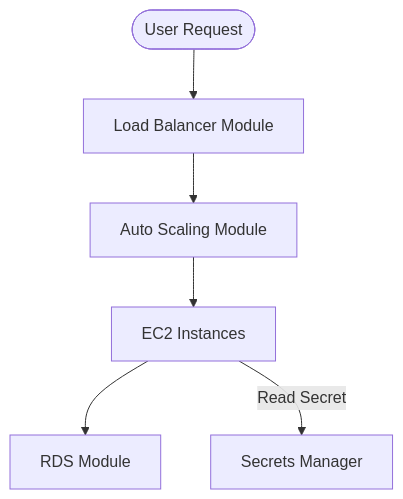
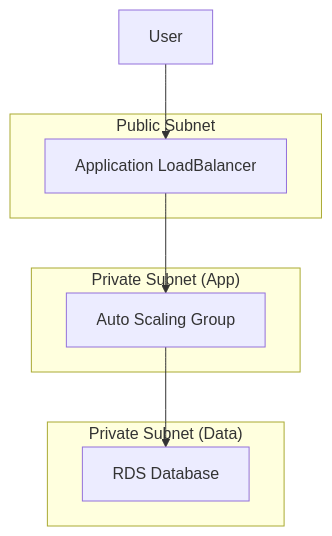
One commit to Ganil151/Devops changed the diagram in 2-Intermediate/03-Terraform/04-Modules/10-Real-World-Examples/README.md. Above: the diagram before and after it, drawn with Mermaid. The commit also changed other lines of this file and 5 other files, not shown here.

````diff
--- a/2-Intermediate/03-Terraform/04-Modules/10-Real-World-Examples/README.md
+++ b/2-Intermediate/03-Terraform/04-Modules/10-Real-World-Examples/README.md
@@ -28,8 +38,15 @@
 ```mermaid
 graph TD
-    User([User Request]) --> ALB[Load Balancer Module]
-    ALB --> ASG[Auto Scaling Module]
-    ASG --> EC2[EC2 Instances]
-    EC2 --> RDS[RDS Module]
-    EC2 -- Read Secret --> SM[Secrets Manager]
+    User --> ALB[Application LoadBalancer]
+    subgraph "Public Subnet"
+        ALB
+    end
+    subgraph "Private Subnet (App)"
+        ASG[Auto Scaling Group]
+    end
+    subgraph "Private Subnet (Data)"
+        RDS[RDS Database]
+    end
+    ALB --> ASG
+    ASG --> RDS
 ```
````
